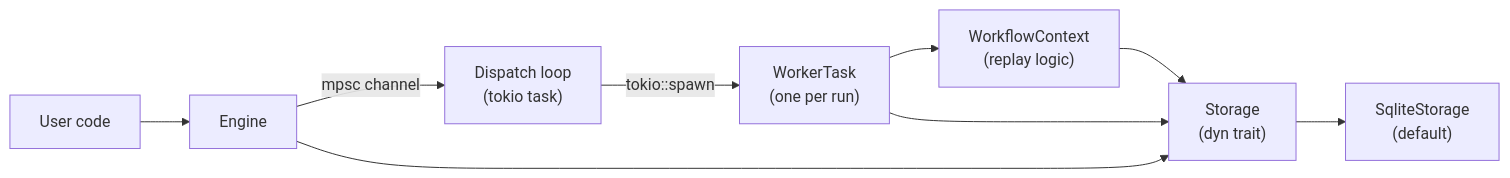
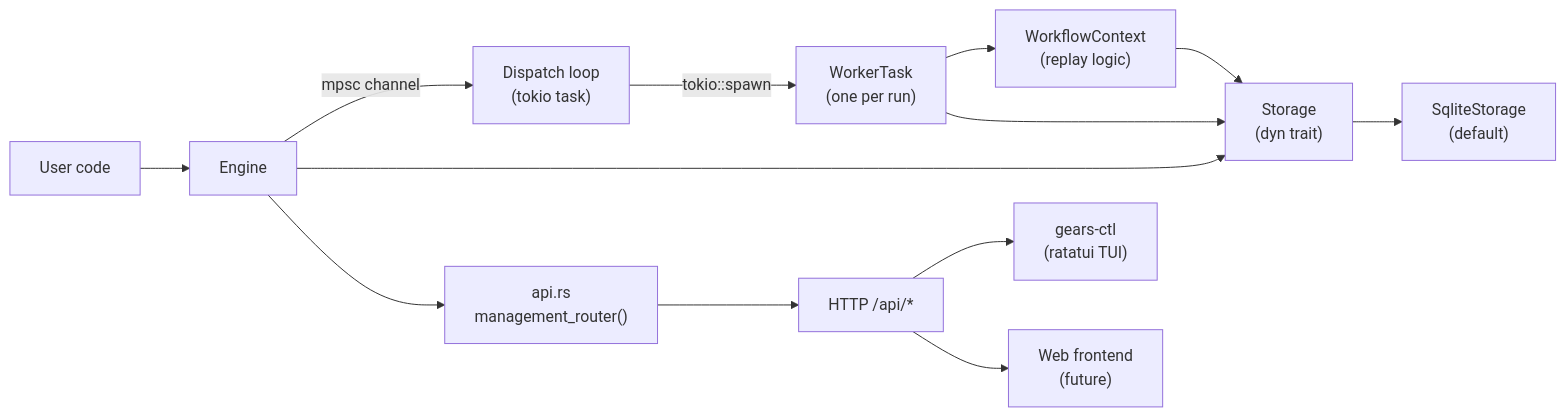
Before and after one commit to FalkMaximilian/gears: the third of 3 diagrams in README.md, drawn with Mermaid. The commit also changed other lines of this file and 11 other files, not shown here.

Commit message:
adds basic management api and tui for monitoring/managing

````diff
--- a/README.md
+++ b/README.md
@@ -959,12 +1047,16 @@
 ```mermaid
 graph LR
     User["User code"] --> Engine
     Engine -- "mpsc channel" --> Dispatch["Dispatch loop\n(tokio task)"]
     Dispatch -- "tokio::spawn" --> Worker["WorkerTask\n(one per run)"]
     Worker --> Context["WorkflowContext\n(replay logic)"]
     Context --> Storage
     Worker --> Storage
     Engine --> Storage
+    Engine --> API["api.rs\nmanagement_router()"]
+    API --> HTTP["HTTP /api/*"]
+    HTTP --> TUI["gears-ctl\n(ratatui TUI)"]
+    HTTP --> Web["Web frontend\n(future)"]
 
     Storage["Storage\n(dyn trait)"] --> SQLite["SqliteStorage\n(default)"]
 ```
````
